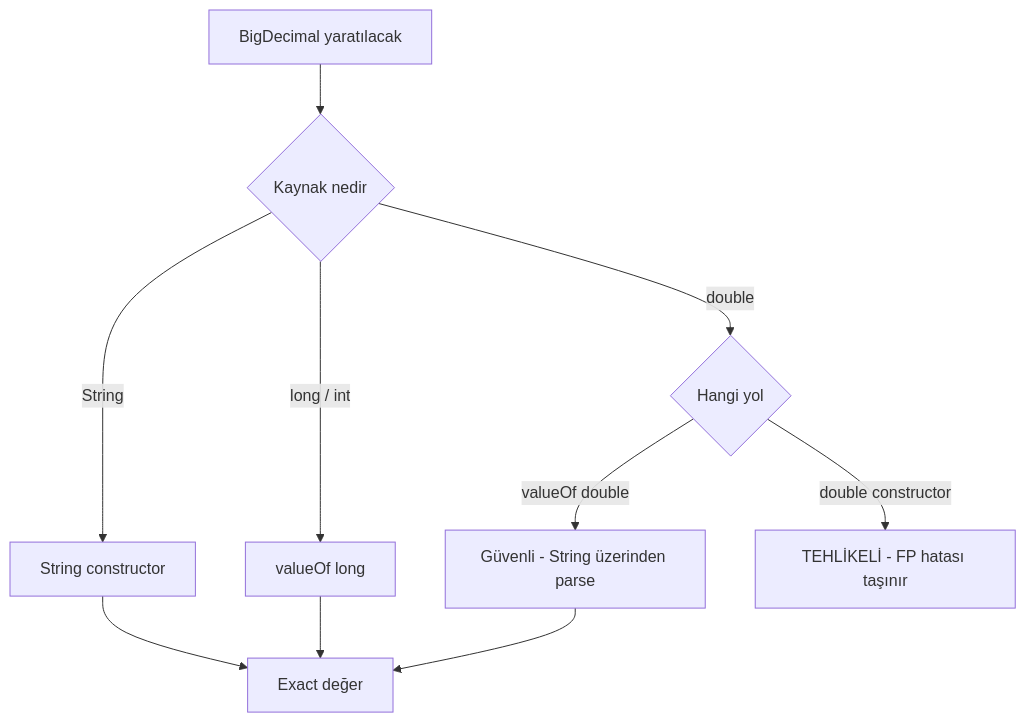
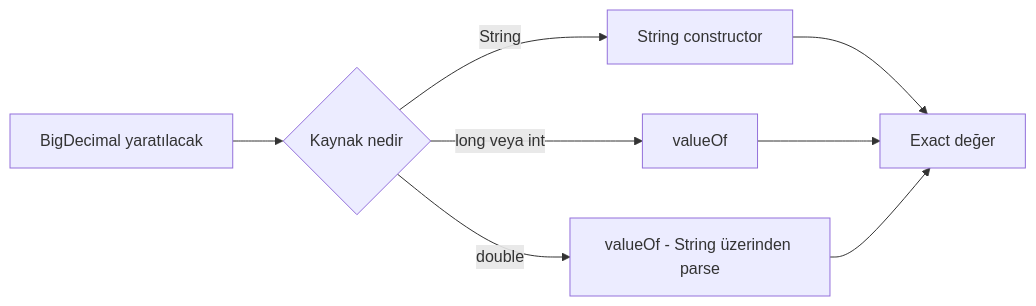
Before and after one commit to adraarda23/banking-learning: the second of 5 diagrams in 01-foundation/03-money-handling/README.md, drawn with Mermaid. The commit also changed other lines of this file and 37 other files, not shown here.

````diff
--- a/01-foundation/03-money-handling/README.md
+++ b/01-foundation/03-money-handling/README.md
@@ -91,12 +86,10 @@
 ```mermaid
-flowchart TD
+flowchart LR
     A["BigDecimal yaratılacak"] --> B{"Kaynak nedir"}
     B -->|"String"| C["String constructor"]
-    B -->|"long / int"| D["valueOf long"]
-    B -->|"double"| E{"Hangi yol"}
-    E -->|"valueOf double"| F["Güvenli - String üzerinden parse"]
-    E -->|"double constructor"| G["TEHLİKELİ - FP hatası taşınır"]
+    B -->|"long veya int"| D["valueOf"]
+    B -->|"double"| E["valueOf - String üzerinden parse"]
     C --> H["Exact değer"]
     D --> H
-    F --> H
+    E --> H
 ```
````
